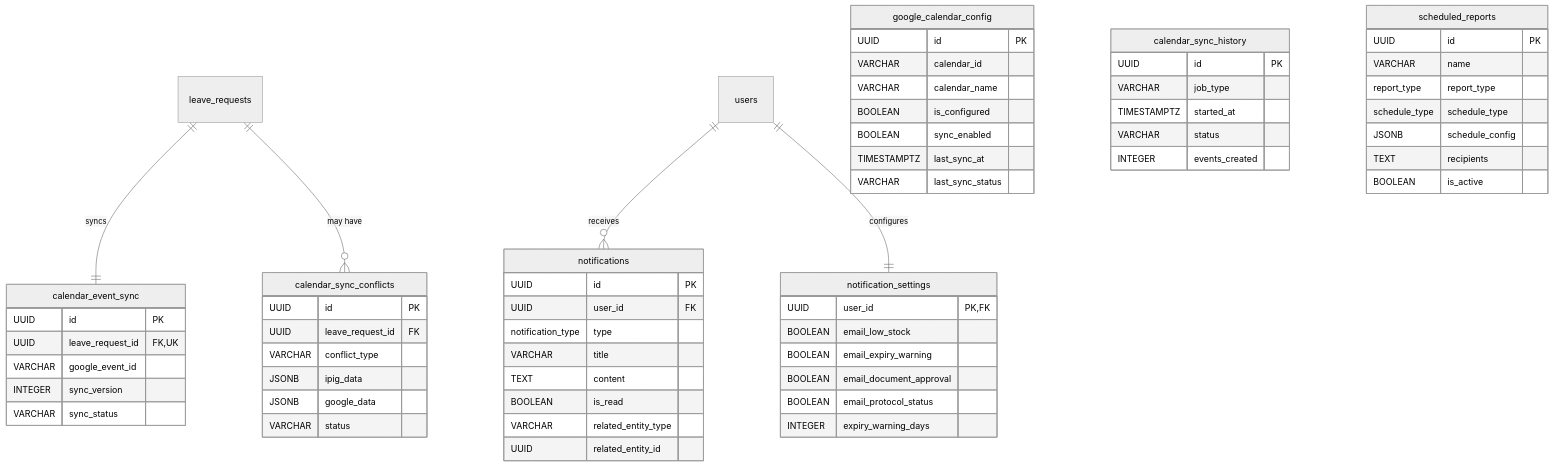
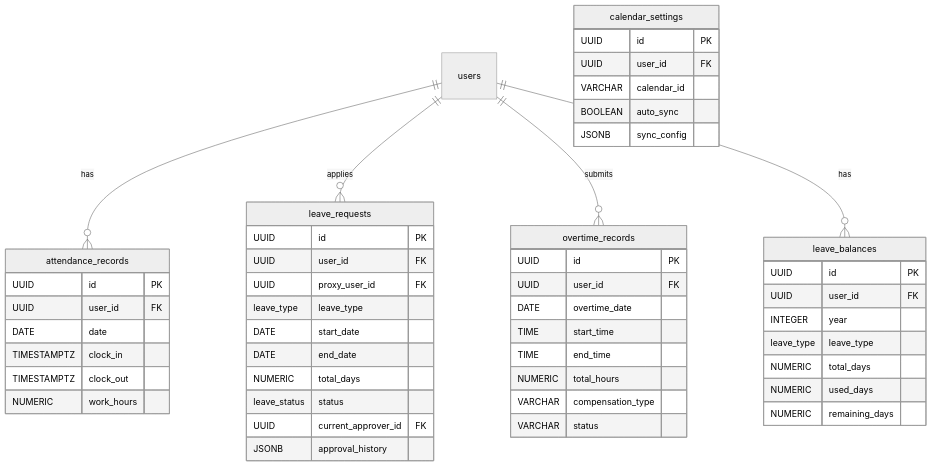
One commit to delightening/ipig_system changed the ninth of 11 diagrams in Profiling_Spec/database_erd.md. Above: the diagram before and after it, drawn with Mermaid (neutral theme). The commit also changed other lines of this file and 71 other files, not shown here.

````diff
--- a/Profiling_Spec/database_erd.md
+++ b/Profiling_Spec/database_erd.md
@@ -498,72 +627,58 @@
 ```mermaid
 erDiagram
-    leave_requests ||--|| calendar_event_sync : "syncs"
-    leave_requests ||--o{ calendar_sync_conflicts : "may have"
-    users ||--o{ notifications : "receives"
-    users ||--|| notification_settings : "configures"
-    
-    google_calendar_config {
+    users ||--o{ attendance_records : has
+    users ||--o{ leave_requests : applies
+    users ||--o{ overtime_records : submits
+    users ||--o{ leave_balances : has
+
+    attendance_records {
         UUID id PK
-        VARCHAR calendar_id
-        VARCHAR calendar_name
-        BOOLEAN is_configured
-        BOOLEAN sync_enabled
-        TIMESTAMPTZ last_sync_at
-        VARCHAR last_sync_status
+        UUID user_id FK
+        DATE date
+        TIMESTAMPTZ clock_in
+        TIMESTAMPTZ clock_out
+        NUMERIC work_hours
     }
-    
-    calendar_event_sync {
+
+    leave_requests {
         UUID id PK
-        UUID leave_request_id FK,UK
-        VARCHAR google_event_id
-        INTEGER sync_version
-        VARCHAR sync_status
+        UUID user_id FK
+        UUID proxy_user_id FK
+        leave_type leave_type
+        DATE start_date
+        DATE end_date
+        NUMERIC total_days
+        leave_status status
+        UUID current_approver_id FK
+        JSONB approval_history
     }
-    
-    calendar_sync_conflicts {
+
+    overtime_records {
         UUID id PK
-        UUID leave_request_id FK
-        VARCHAR conflict_type
-        JSONB ipig_data
-        JSONB google_data
+        UUID user_id FK
+        DATE overtime_date
+        TIME start_time
+        TIME end_time
+        NUMERIC total_hours
+        VARCHAR compensation_type
         VARCHAR status
     }
-    
-    calendar_sync_history {
-        UUID id PK
-        VARCHAR job_type
-        TIMESTAMPTZ started_at
-        VARCHAR status
-        INTEGER events_created
-    }
-    
-    notifications {
+
+    leave_balances {
         UUID id PK
         UUID user_id FK
-        notification_type type
-        VARCHAR title
-        TEXT content
-        BOOLEAN is_read
-        VARCHAR related_entity_type
-        UUID related_entity_id
+        INTEGER year
+        leave_type leave_type
+        NUMERIC total_days
+        NUMERIC used_days
+        NUMERIC remaining_days
     }
-    
-    notification_settings {
-        UUID user_id PK,FK
-        BOOLEAN email_low_stock
-        BOOLEAN email_expiry_warning
-        BOOLEAN email_document_approval
-        BOOLEAN email_protocol_status
-        INTEGER expiry_warning_days
-    }
-    
-    scheduled_reports {
+
+    calendar_settings {
         UUID id PK
-        VARCHAR name
-        report_type report_type
-        schedule_type schedule_type
-        JSONB schedule_config
-        TEXT recipients
-        BOOLEAN is_active
+        UUID user_id FK
+        VARCHAR calendar_id
+        BOOLEAN auto_sync
+        JSONB sync_config
     }
 ```
````
